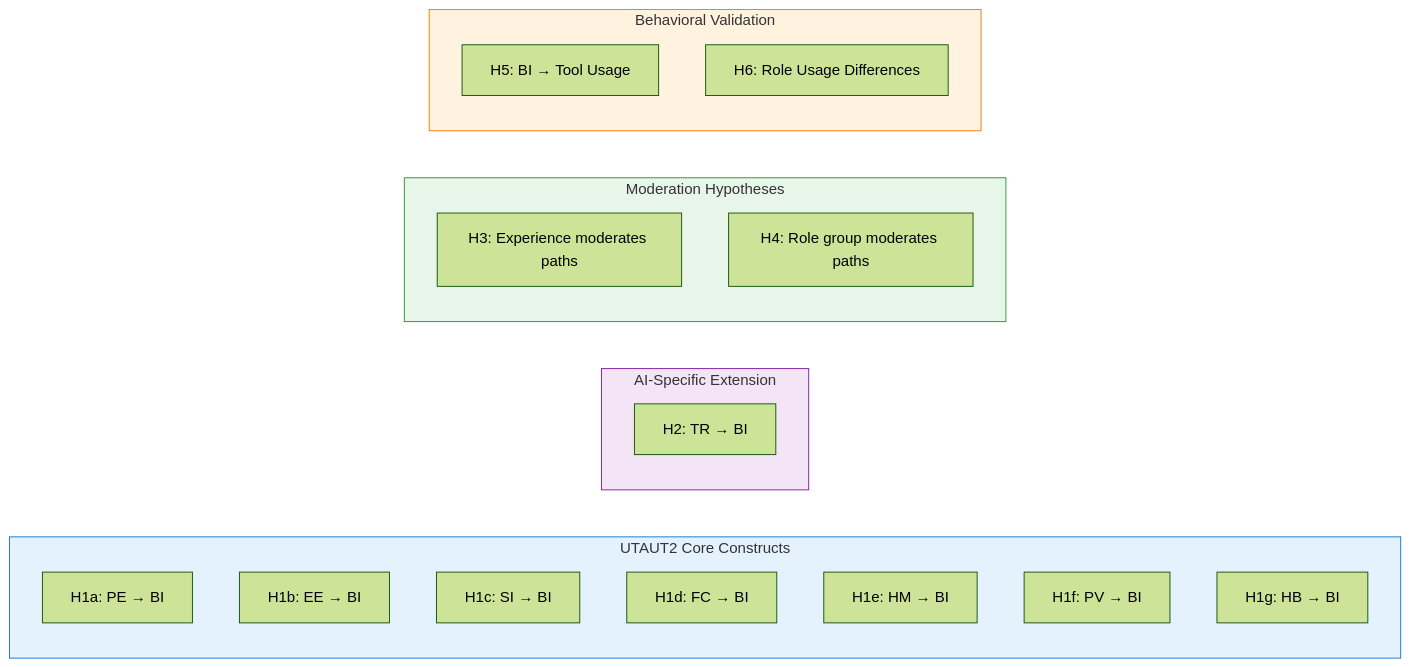
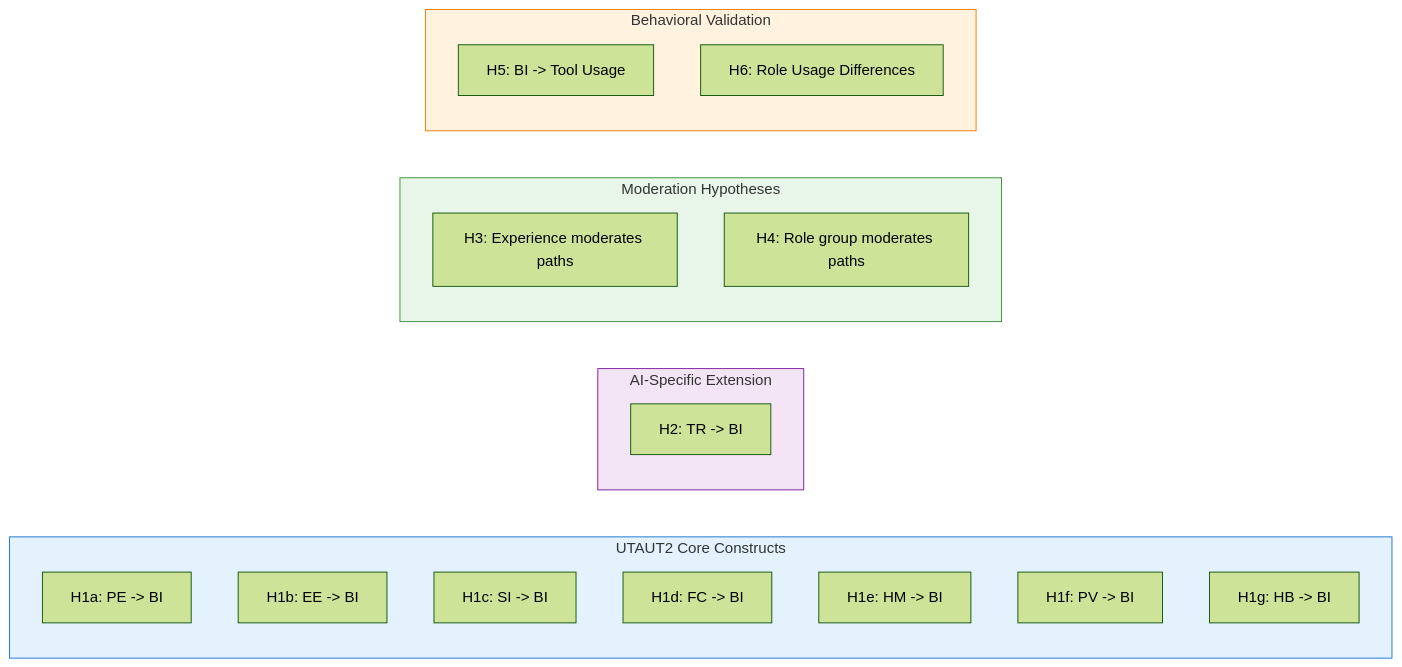
One commit to fabioc-aloha/AIRS_Data_Analysis changed the third of 3 diagrams in thesis/chapters/02_literature_review.md. Above: the diagram before and after it, drawn with Mermaid (forest theme). The commit also changed other lines of this file and 36 other files, not shown here.

Commit message:
DRAFT 07: Table/figure chapter numbering, List of Tables/Figures, em-dash removal, Centiment self-selection documentation

````diff
--- a/thesis/chapters/02_literature_review.md
+++ b/thesis/chapters/02_literature_review.md
@@ -339,31 +339,31 @@
 ```mermaid
 flowchart LR
     subgraph UTAUT2["UTAUT2 Core Constructs"]
-        H1a["H1a: PE → BI"]
-        H1b["H1b: EE → BI"]
-        H1c["H1c: SI → BI"]
-        H1d["H1d: FC → BI"]
-        H1e["H1e: HM → BI"]
-        H1f["H1f: PV → BI"]
-        H1g["H1g: HB → BI"]
+        H1a["H1a: PE -> BI"]
+        H1b["H1b: EE -> BI"]
+        H1c["H1c: SI -> BI"]
+        H1d["H1d: FC -> BI"]
+        H1e["H1e: HM -> BI"]
+        H1f["H1f: PV -> BI"]
+        H1g["H1g: HB -> BI"]
     end
 
     subgraph AIExtension["AI-Specific Extension"]
-        H2["H2: TR → BI"]
+        H2["H2: TR -> BI"]
     end
 
     subgraph Moderation["Moderation Hypotheses"]
         H3["H3: Experience moderates paths"]
         H4["H4: Role group moderates paths"]
     end
 
     subgraph Validation["Behavioral Validation"]
-        H5["H5: BI → Tool Usage"]
+        H5["H5: BI -> Tool Usage"]
         H6["H6: Role Usage Differences"]
     end
 
     style UTAUT2 fill:#e3f2fd,stroke:#1976d2
     style AIExtension fill:#f3e5f5,stroke:#7b1fa2
     style Moderation fill:#e8f5e9,stroke:#388e3c
     style Validation fill:#fff3e0,stroke:#f57c00
 ```
````
